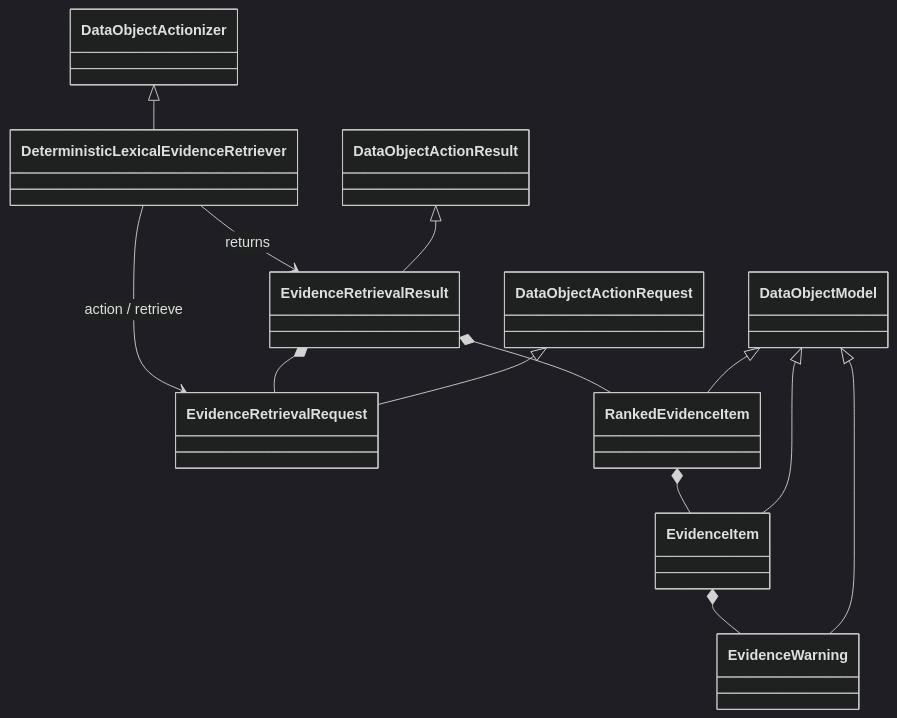
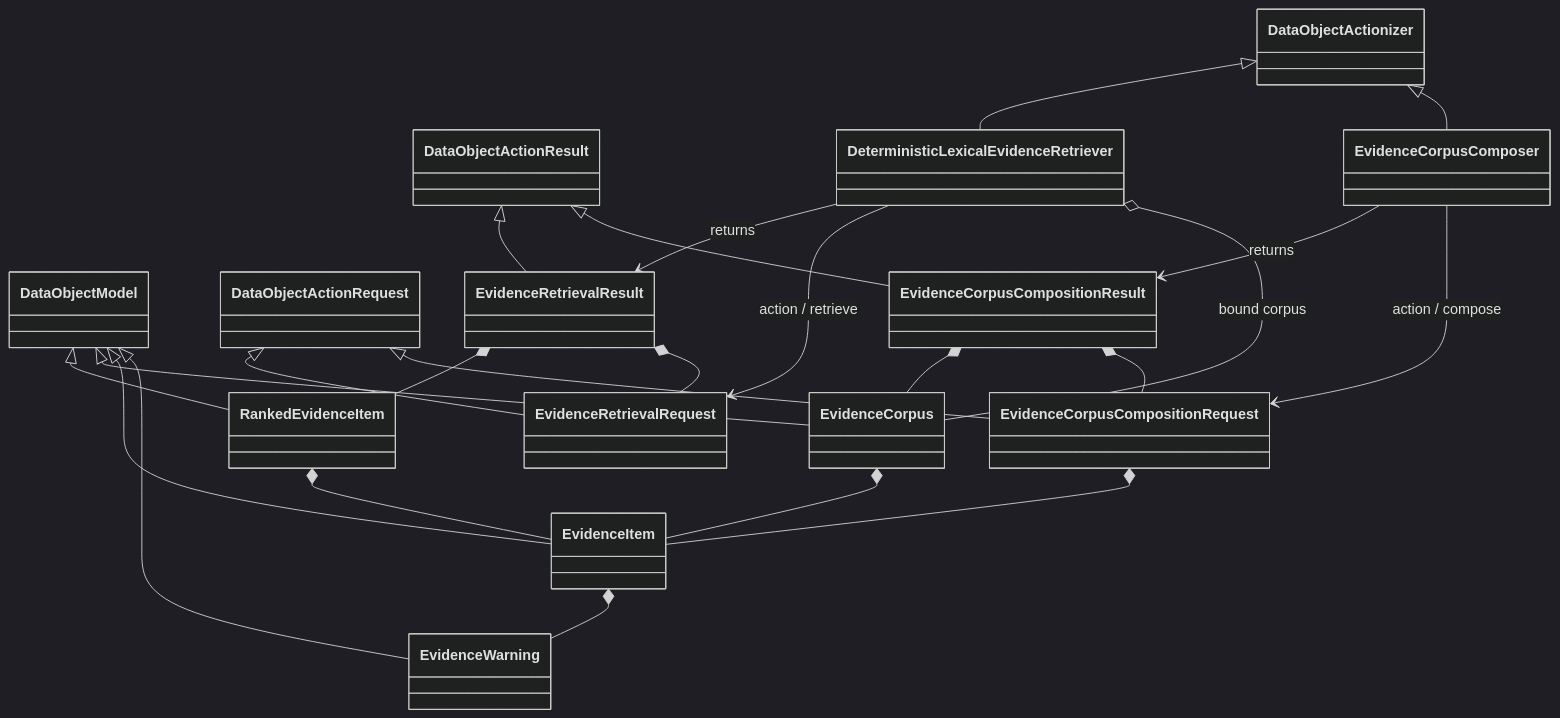
The diagram in docs/architecture/projectkoios/search/evidence_retrieval/schematic.md (eragasa/projectkoios-search), drawn with Mermaid (dark theme) before and after one commit. The commit also changed other lines of this file and 10 other files, not shown here.

Commit message:
feat(search): derive immutable evidence corpus identity

````diff
--- a/docs/architecture/projectkoios/search/evidence_retrieval/schematic.md
+++ b/docs/architecture/projectkoios/search/evidence_retrieval/schematic.md
@@ -3,26 +3,41 @@
 ```mermaid
 classDiagram
     class DataObjectModel
     class DataObjectActionRequest
     class DataObjectActionResult
     class DataObjectActionizer
     class EvidenceWarning
     class EvidenceItem
+    class EvidenceCorpus
+    class EvidenceCorpusCompositionRequest
+    class EvidenceCorpusCompositionResult
+    class EvidenceCorpusComposer
     class EvidenceRetrievalRequest
     class RankedEvidenceItem
     class EvidenceRetrievalResult
     class DeterministicLexicalEvidenceRetriever
 
     DataObjectModel <|-- EvidenceWarning
     DataObjectModel <|-- EvidenceItem
+    DataObjectModel <|-- EvidenceCorpus
+    DataObjectActionRequest <|-- EvidenceCorpusCompositionRequest
+    DataObjectActionResult <|-- EvidenceCorpusCompositionResult
+    DataObjectActionizer <|-- EvidenceCorpusComposer
     DataObjectActionRequest <|-- EvidenceRetrievalRequest
     DataObjectModel <|-- RankedEvidenceItem
     DataObjectActionResult <|-- EvidenceRetrievalResult
     DataObjectActionizer <|-- DeterministicLexicalEvidenceRetriever
     EvidenceItem *-- EvidenceWarning
+    EvidenceCorpus *-- EvidenceItem
+    EvidenceCorpusCompositionRequest *-- EvidenceItem
+    EvidenceCorpusCompositionResult *-- EvidenceCorpusCompositionRequest
+    EvidenceCorpusCompositionResult *-- EvidenceCorpus
+    EvidenceCorpusComposer --> EvidenceCorpusCompositionRequest : action / compose
+    EvidenceCorpusComposer --> EvidenceCorpusCompositionResult : returns
+    DeterministicLexicalEvidenceRetriever o-- EvidenceCorpus : bound corpus
     RankedEvidenceItem *-- EvidenceItem
     EvidenceRetrievalResult *-- EvidenceRetrievalRequest
     EvidenceRetrievalResult *-- RankedEvidenceItem
     DeterministicLexicalEvidenceRetriever --> EvidenceRetrievalRequest : action / retrieve
     DeterministicLexicalEvidenceRetriever --> EvidenceRetrievalResult : returns
 ```
````
